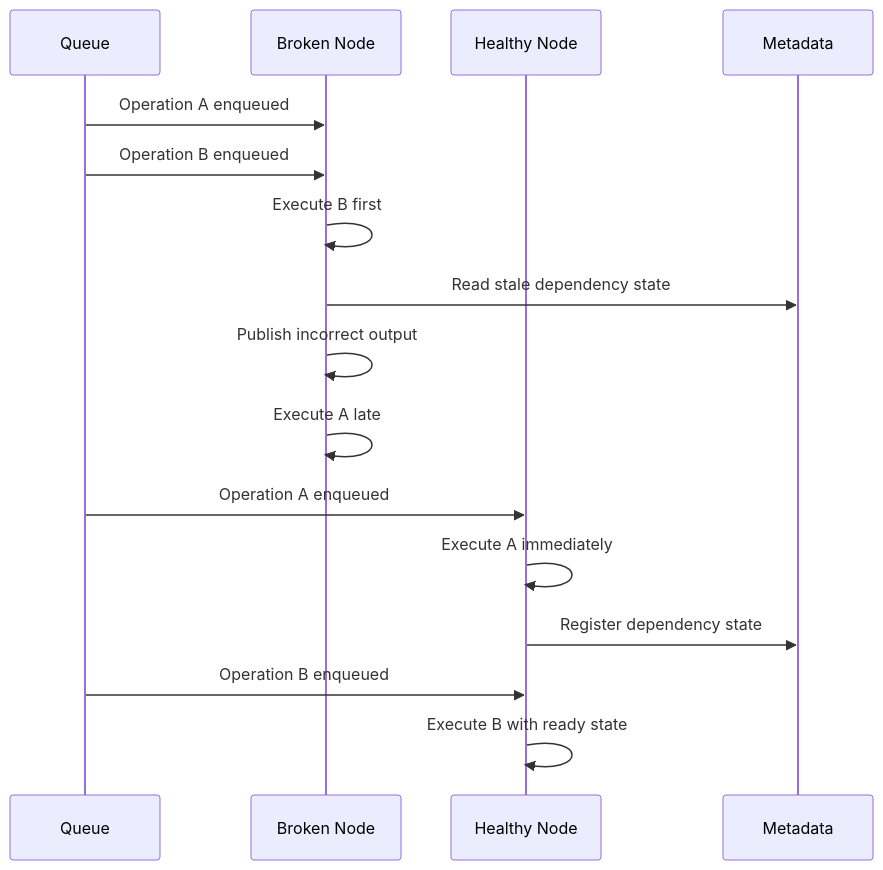
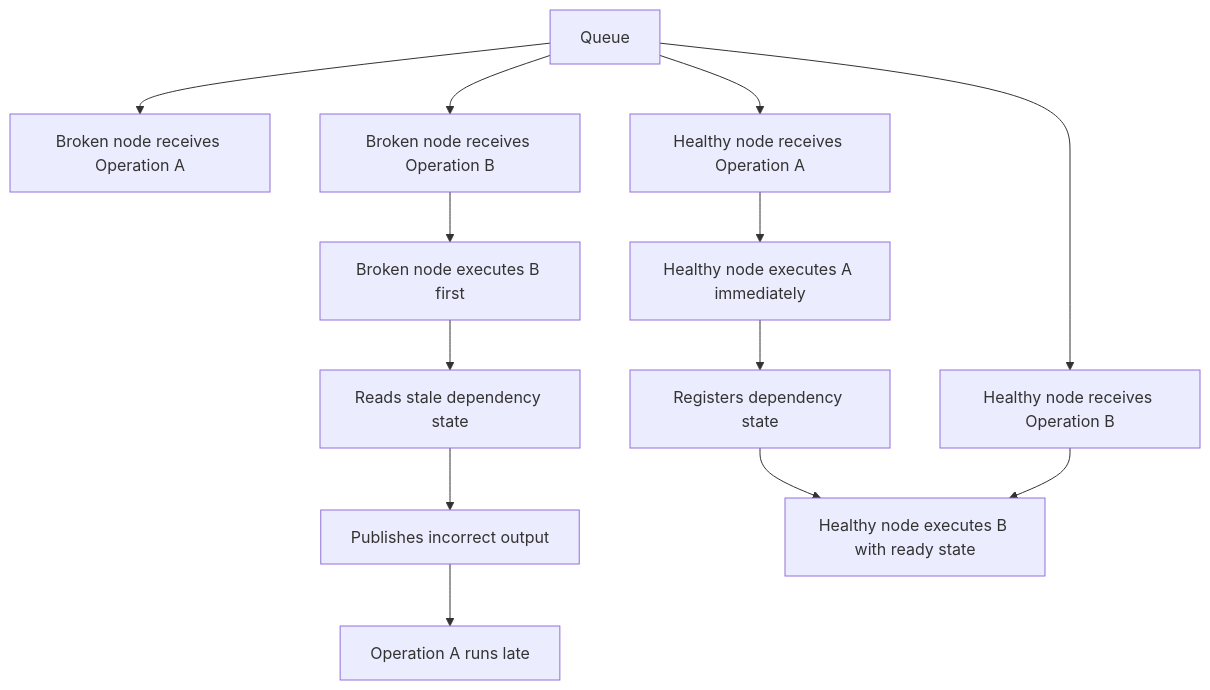
One commit to KKcorps/kharekartik.github.io changed the second of 2 diagrams in src/content/posts/debugging-race-conditions-in-distributed-systems.md. Above: the diagram before and after it, drawn with Mermaid. The commit also changed 2 other files, not shown here.

Commit message:
fix: repair mermaid diagrams on article pages

````diff
--- a/src/content/posts/debugging-race-conditions-in-distributed-systems.md
+++ b/src/content/posts/debugging-race-conditions-in-distributed-systems.md
@@ -63,20 +63,16 @@
 ```mermaid
-sequenceDiagram
-    participant Q as Queue
-    participant N1 as Broken Node
-    participant N2 as Healthy Node
-    participant M as Metadata
+flowchart TD
+    Q[Queue] --> BA[Broken node receives Operation A]
+    Q --> BB[Broken node receives Operation B]
+    BB --> BC[Broken node executes B first]
+    BC --> BD[Reads stale dependency state]
+    BD --> BE[Publishes incorrect output]
+    BE --> BF[Operation A runs late]
 
-    Q->>N1: Operation A enqueued
-    Q->>N1: Operation B enqueued
-    N1->>N1: Execute B first
-    N1->>M: Read stale dependency state
-    N1->>N1: Publish incorrect output
-    N1->>N1: Execute A late
-
-    Q->>N2: Operation A enqueued
-    N2->>N2: Execute A immediately
-    N2->>M: Register dependency state
-    Q->>N2: Operation B enqueued
-    N2->>N2: Execute B with ready state
+    Q --> HA[Healthy node receives Operation A]
+    HA --> HB[Healthy node executes A immediately]
+    HB --> HC[Registers dependency state]
+    Q --> HD[Healthy node receives Operation B]
+    HC --> HE[Healthy node executes B with ready state]
+    HD --> HE
 ```
````
